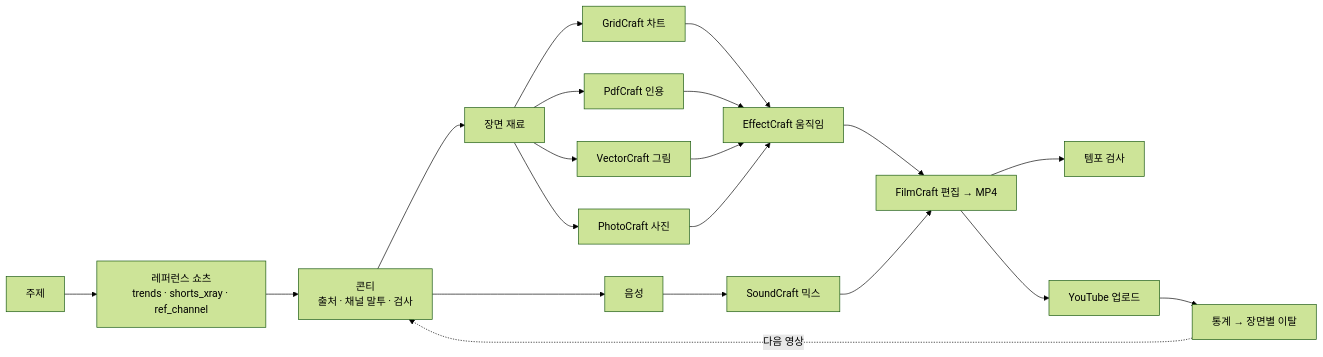
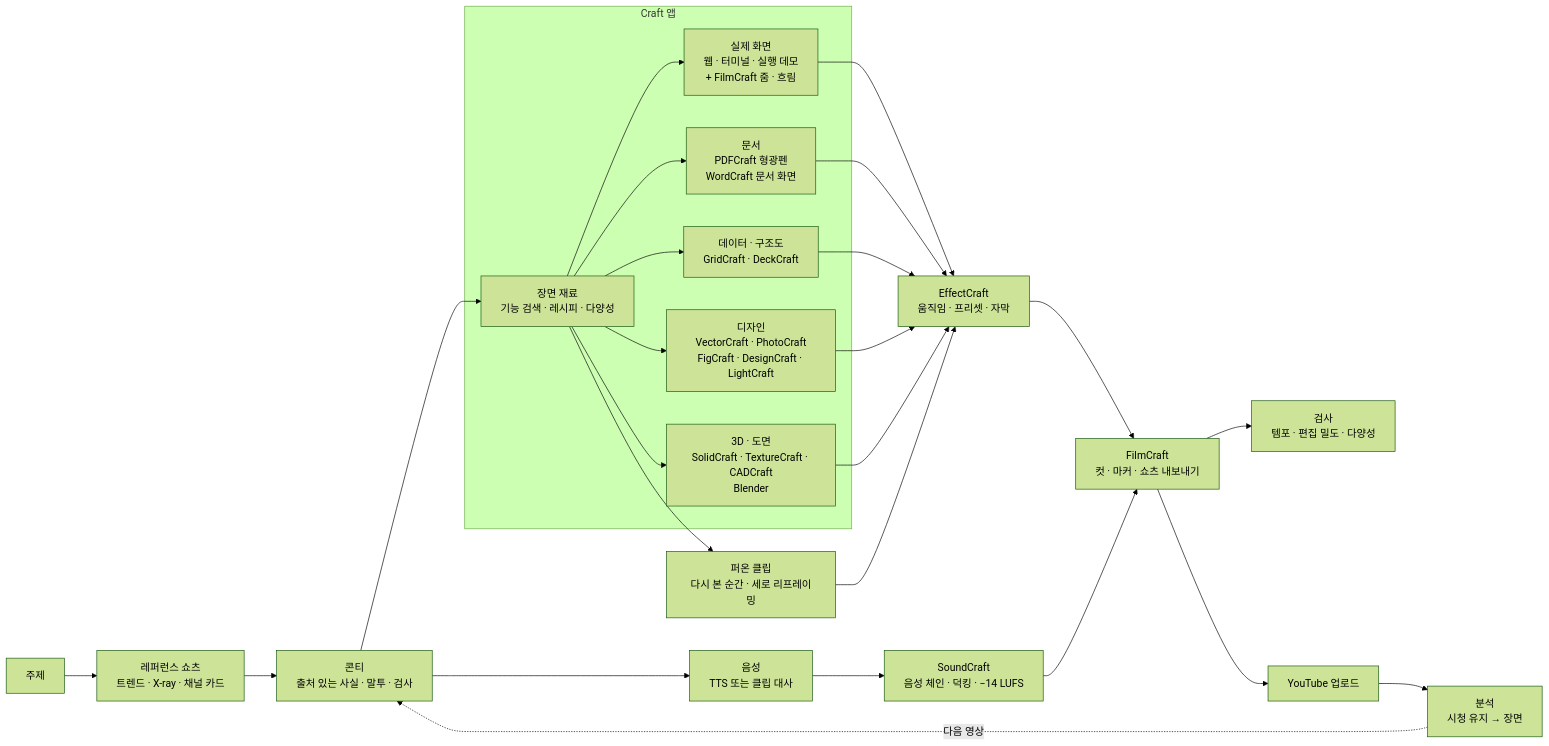
Before and after one commit to meowassassin/fluma: the diagram in README.ko.md, drawn with Mermaid (forest theme). The commit also changed other lines of this file and 740 other files, not shown here.

````diff
--- a/README.ko.md
+++ b/README.ko.md
@@ -46,18 +51,22 @@
 ```mermaid
 flowchart LR
-  A[주제] --> R[레퍼런스 쇼츠<br/>trends · shorts_xray · ref_channel]
-  R --> S[콘티<br/>출처 · 채널 말투 · 검사]
-  S --> V[음성]
-  S --> M[장면 재료]
-  M --> G[GridCraft 차트]
-  M --> P[PdfCraft 인용]
-  M --> VC[VectorCraft 그림]
-  M --> PH[PhotoCraft 사진]
-  G & P & VC & PH --> E[EffectCraft 움직임]
-  V --> SC[SoundCraft 믹스]
-  E & SC --> F[FilmCraft 편집 → MP4]
-  F --> T[템포 검사]
+  A[주제] --> R[레퍼런스 쇼츠<br/>트렌드 · X-ray · 채널 카드]
+  R --> S[콘티<br/>출처 있는 사실 · 말투 · 검사]
+  S --> V[음성<br/>TTS 또는 클립 대사]
+  S --> P[장면 재료<br/>기능 검색 · 레시피 · 다양성]
+  subgraph Craft 앱
+    P --> RS[실제 화면<br/>웹 · 터미널 · 실행 데모<br/>+ FilmCraft 줌 · 흐림]
+    P --> DOC[문서<br/>PDFCraft 형광펜<br/>WordCraft 문서 화면]
+    P --> DAT[데이터 · 구조도<br/>GridCraft · DeckCraft]
+    P --> DES[디자인<br/>VectorCraft · PhotoCraft<br/>FigCraft · DesignCraft · LightCraft]
+    P --> TD[3D · 도면<br/>SolidCraft · TextureCraft · CADCraft<br/>Blender]
+  end
+  P --> CL[퍼온 클립<br/>다시 본 순간 · 세로 리프레이밍]
+  RS & DOC & DAT & DES & TD & CL --> E[EffectCraft<br/>움직임 · 프리셋 · 자막]
+  V --> SC[SoundCraft<br/>음성 체인 · 덕킹 · −14 LUFS]
+  E & SC --> F[FilmCraft<br/>컷 · 마커 · 쇼츠 내보내기]
+  F --> T[검사<br/>템포 · 편집 밀도 · 다양성]
   F --> Y[YouTube 업로드]
-  Y --> A2[통계 → 장면별 이탈]
+  Y --> A2[분석<br/>시청 유지 → 장면]
   A2 -. 다음 영상 .-> S
 ```
````
